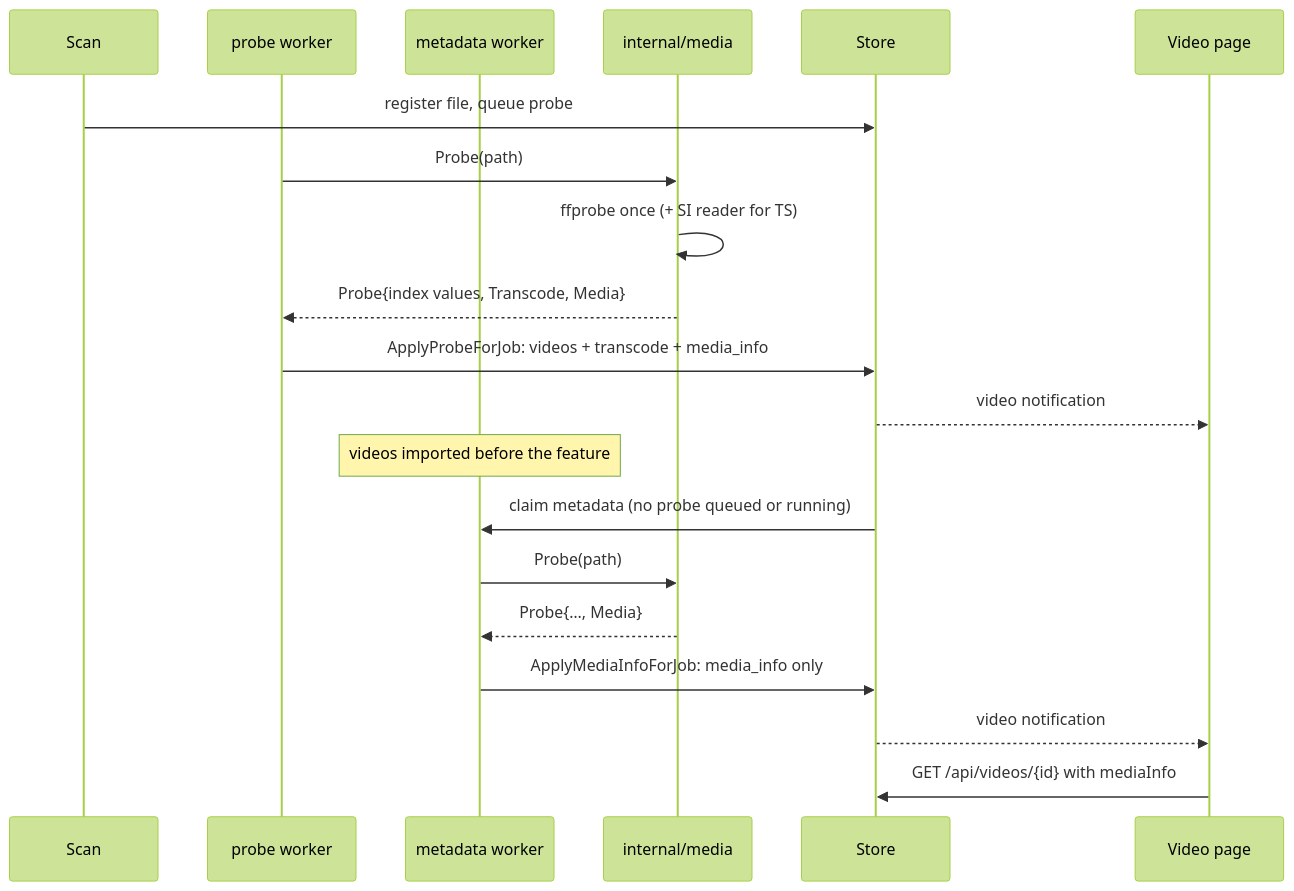
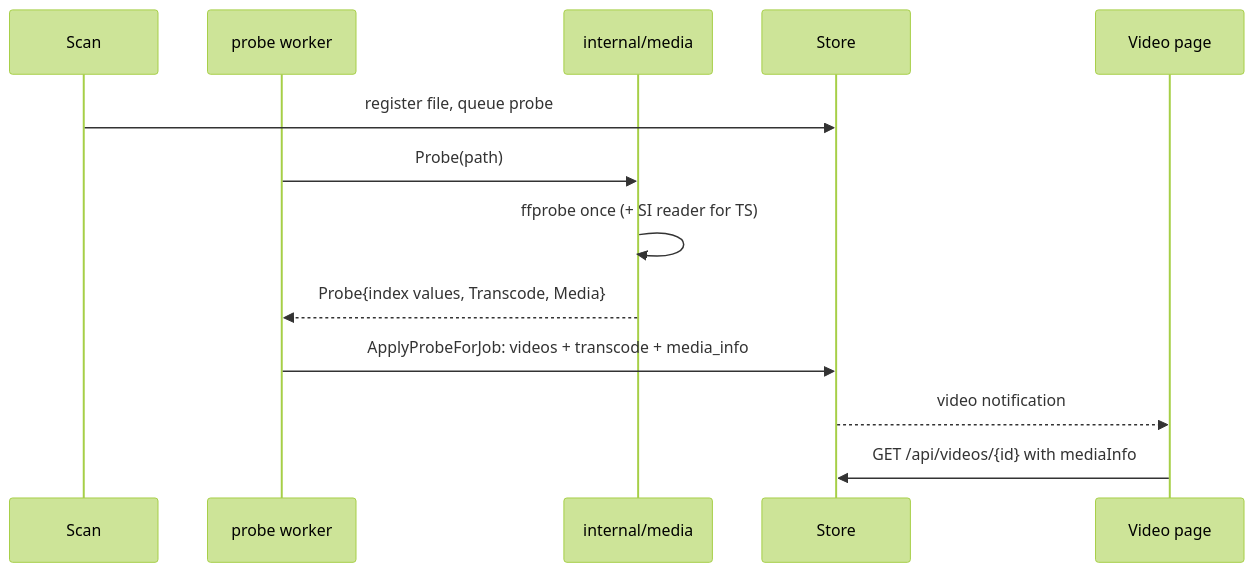
One commit to syudead/vv changed the first of 2 diagrams in specs/056-media-info/plan.md. Above: the diagram before and after it, drawn with Mermaid (forest theme). The commit also changed other lines of this file and 31 other files, not shown here.

First line of the commit message:
fix(056): drop the metadata re-analysis of imported videos

````diff
--- a/specs/056-media-info/plan.md
+++ b/specs/056-media-info/plan.md
@@ -36,22 +37,15 @@
 ```mermaid
 sequenceDiagram
   participant Scan as Scan
   participant Probe as probe worker
-  participant Meta as metadata worker
   participant Media as internal/media
   participant Store as Store
   participant Page as Video page
   Scan->>Store: register file, queue probe
   Probe->>Media: Probe(path)
   Media->>Media: ffprobe once (+ SI reader for TS)
   Media-->>Probe: Probe{index values, Transcode, Media}
   Probe->>Store: ApplyProbeForJob: videos + transcode + media_info
   Store-->>Page: video notification
-  Note over Meta: videos imported before the feature
-  Store->>Meta: claim metadata (no probe queued or running)
-  Meta->>Media: Probe(path)
-  Media-->>Meta: Probe{…, Media}
-  Meta->>Store: ApplyMediaInfoForJob: media_info only
-  Store-->>Page: video notification
   Page->>Store: GET /api/videos/{id} with mediaInfo
 ```
````
